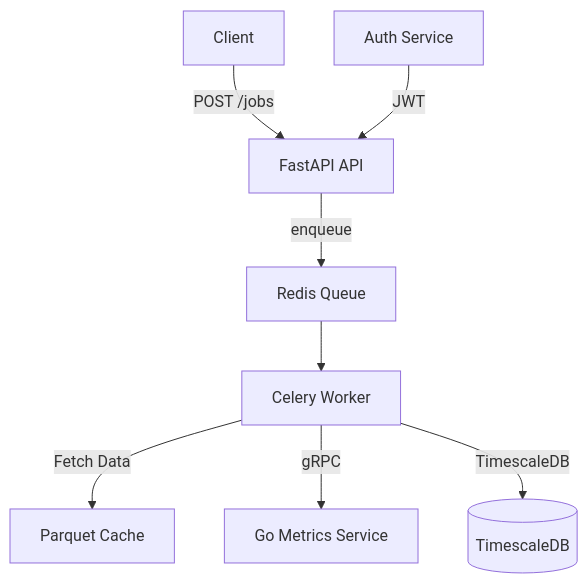
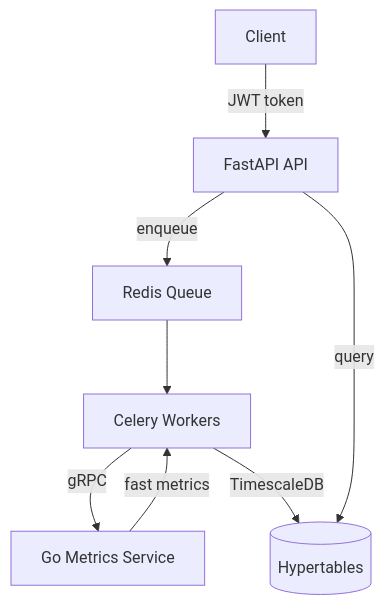
Before and after one commit to Thinh-nguyen-03/backgrid: the third of 3 diagrams in docs/ARCHITECTURE.md, drawn with Mermaid. The commit also changed other lines of this file and 2 other files, not shown here.

````diff
--- a/docs/ARCHITECTURE.md
+++ b/docs/ARCHITECTURE.md
@@ -72,10 +196,10 @@
 ```mermaid
 graph TD
-    A[Client] -->|POST /jobs| B[FastAPI API]
+    A[Client] -->|JWT token| B[FastAPI API]
     B -->|enqueue| C[Redis Queue]
-    C --> D[Celery Worker]
-    D -->|Fetch Data| E[Parquet Cache]
-    D -->|gRPC| F[Go Metrics Service]
-    D -->|TimescaleDB| G[(TimescaleDB)]
-    H[Auth Service] -->|JWT| B
+    C --> D[Celery Workers]
+    D -->|gRPC| E[Go Metrics Service]
+    E -->|fast metrics| D
+    D -->|TimescaleDB| F[(Hypertables)]
+    B -->|query| F
 ```
````
